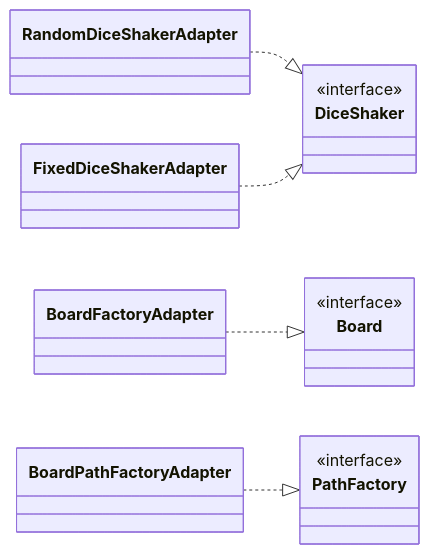
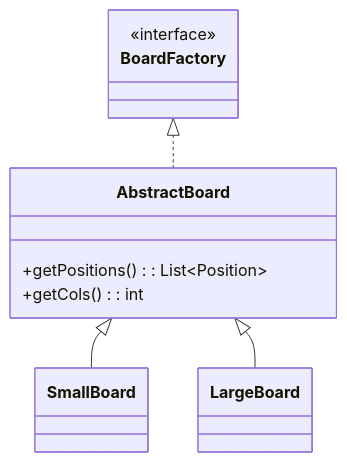
One commit to SirRmelTheThird/HyperJump changed the second of 12 diagrams in README.md. Above: the diagram before and after it, drawn with Mermaid. The commit also changed other lines of this file and 7 other files, not shown here.

````diff
--- a/README.md
+++ b/README.md
@@ -54,27 +58,18 @@
 ```mermaid
 classDiagram
-direction LR
+    AbstractBoard <|-- SmallBoard
+    AbstractBoard <|-- LargeBoard
+    BoardFactory <|.. AbstractBoard
 
-class DiceShaker {
-    <<interface>>
-}
+    class BoardFactory {
+        <<interface>>
+    }
 
-class Board {
-    <<interface>>
-}
+    class AbstractBoard {
+        +getPositions(): List~Position~
+        +getCols(): int
+    }
 
-class PathFactory {
-    <<interface>>
-}
-
-class RandomDiceShakerAdapter
-class FixedDiceShakerAdapter
-class BoardFactoryAdapter
-class BoardPathFactoryAdapter
-
-RandomDiceShakerAdapter ..|> DiceShaker
-FixedDiceShakerAdapter ..|> DiceShaker
-
-BoardFactoryAdapter ..|> Board
-BoardPathFactoryAdapter ..|> PathFactory
+    class SmallBoard
+    class LargeBoard
 ```
````
